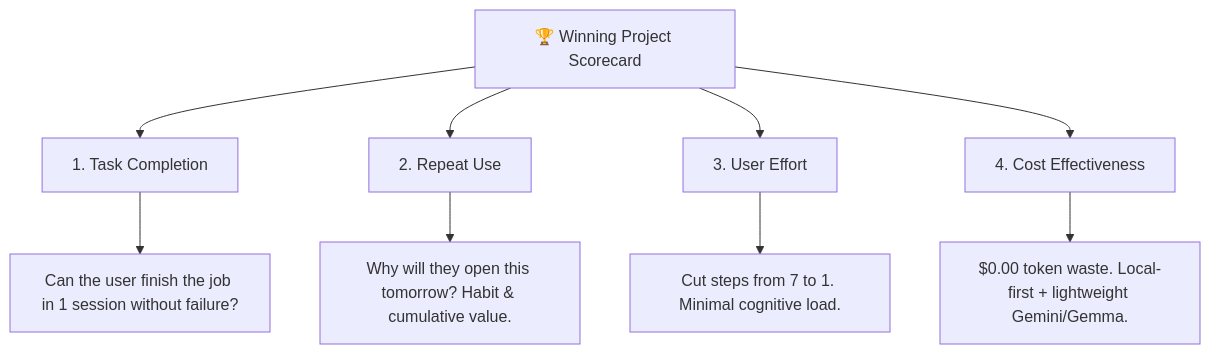
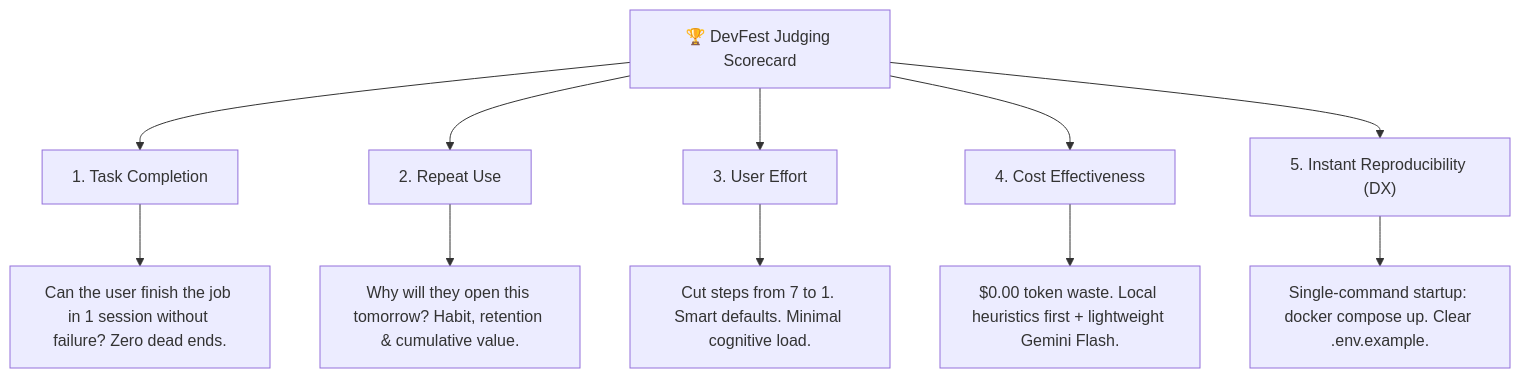
One commit to shikharagrawal17/settleup changed the diagram in DEVFEST_AGENT_PLAYBOOK.md. Above: the diagram before and after it, drawn with Mermaid. The commit also changed other lines of this file and 3 other files, not shown here.

Commit message:
feat(dx): add Docker containerization, docker-compose single-command startup, clear .env.example & update judging playbook

````diff
--- a/DEVFEST_AGENT_PLAYBOOK.md
+++ b/DEVFEST_AGENT_PLAYBOOK.md
@@ -30,12 +31,14 @@
 ```mermaid
 graph TD
-    A["🏆 Winning Project Scorecard"] --> B["1. Task Completion"]
+    A["🏆 DevFest Judging Scorecard"] --> B["1. Task Completion"]
     A --> C["2. Repeat Use"]
     A --> D["3. User Effort"]
     A --> E["4. Cost Effectiveness"]
+    A --> F["5. Instant Reproducibility (DX)"]
 
-    B --> B1["Can the user finish the job in 1 session without failure?"]
-    C --> C1["Why will they open this tomorrow? Habit & cumulative value."]
-    D --> D1["Cut steps from 7 to 1. Minimal cognitive load."]
-    E --> E1["$0.00 token waste. Local-first + lightweight Gemini/Gemma."]
+    B --> B1["Can the user finish the job in 1 session without failure? Zero dead ends."]
+    C --> C1["Why will they open this tomorrow? Habit, retention & cumulative value."]
+    D --> D1["Cut steps from 7 to 1. Smart defaults. Minimal cognitive load."]
+    E --> E1["$0.00 token waste. Local heuristics first + lightweight Gemini Flash."]
+    F --> F1["Single-command startup: docker compose up. Clear .env.example."]
 ```
````
